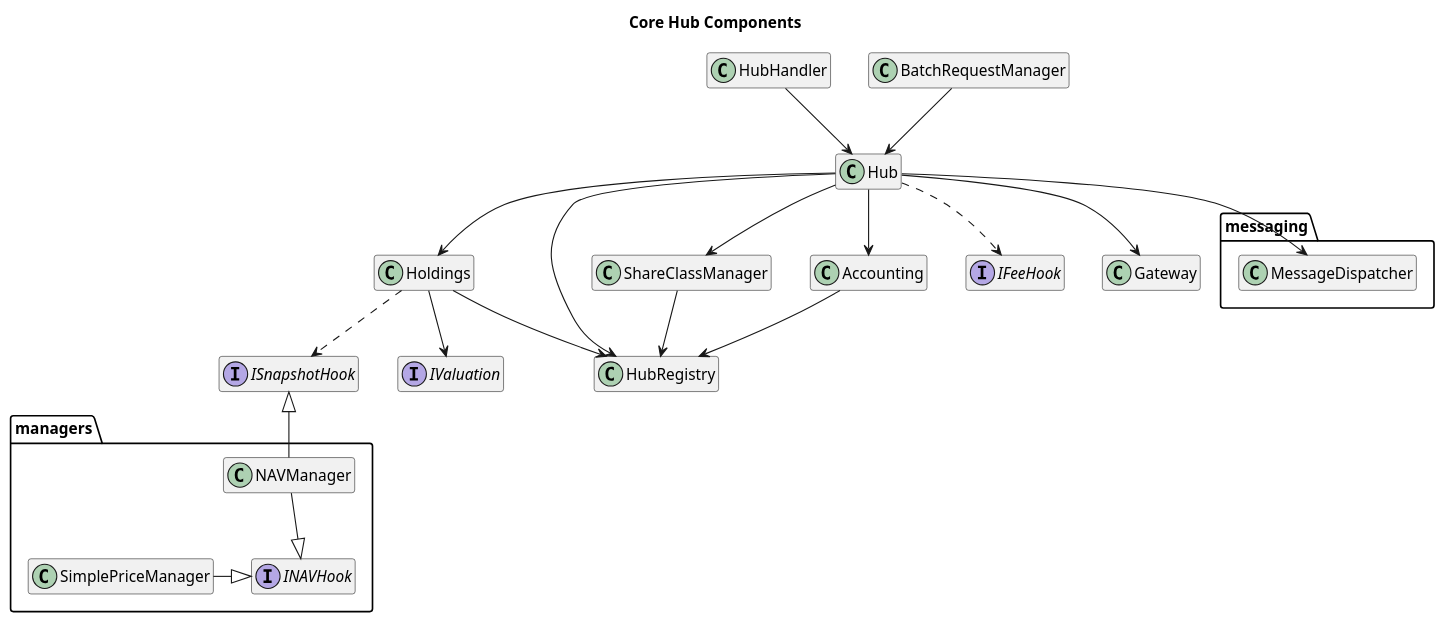
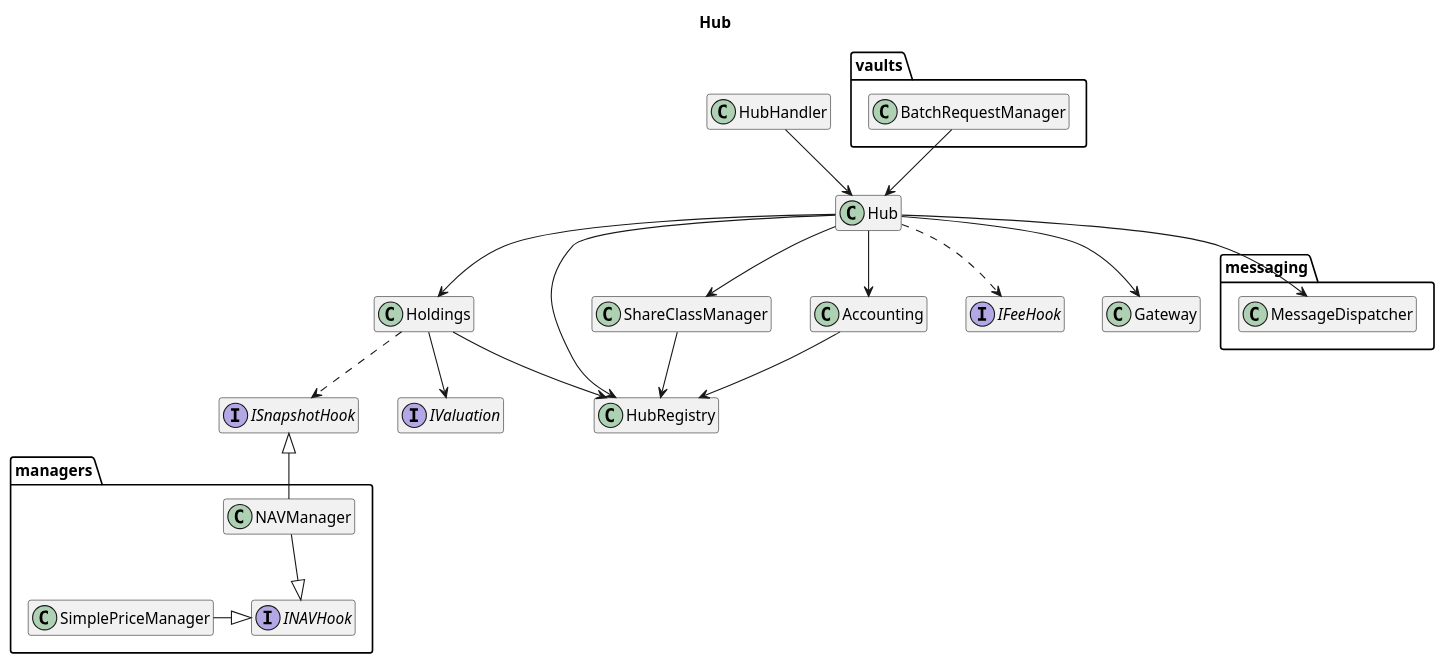
One commit to centrifuge/protocol changed the diagram in docs/architecture/core/hub.puml. Above: the diagram before and after it, drawn with PlantUML. The commit also changed 4 other files, not shown here.

```diff
--- a/docs/architecture/core/hub.puml
+++ b/docs/architecture/core/hub.puml
@@ -1,51 +1,54 @@
 @startuml hub
-title Core Hub Components
+title Hub
 hide empty members
 
 package messaging {
     class MessageDispatcher
 }
 
 package managers {
     class NAVManager
     class SimplePriceManager
     interface INAVHook
 }
 
+package vaults {
+    class BatchRequestManager
+}
+
 class Hub
 class HubHandler
 class Holdings
 class HubRegistry
 class ShareClassManager
 class Accounting
-class BatchRequestManager
 
 interface ISnapshotHook
 interface IValuation
 interface IFeeHook
 
 Hub --> Holdings
 Hub --> HubRegistry
 Hub --> ShareClassManager
 Hub --> Accounting
 Hub --> MessageDispatcher
 Hub --> Gateway
 Hub ..> IFeeHook
 
 HubHandler --> Hub
 
 BatchRequestManager --> Hub
 
 Holdings --> HubRegistry
 Holdings --> IValuation
 Holdings ..> ISnapshotHook
 
 ShareClassManager --> HubRegistry
 Accounting --> HubRegistry
 
 NAVManager -up-|> ISnapshotHook
 NAVManager -down-|> INAVHook
 
 SimplePriceManager -|> INAVHook
 
 @enduml
```
